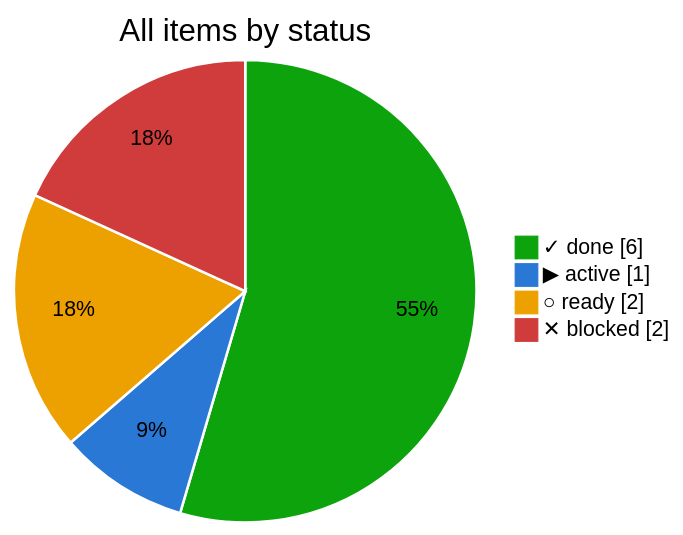
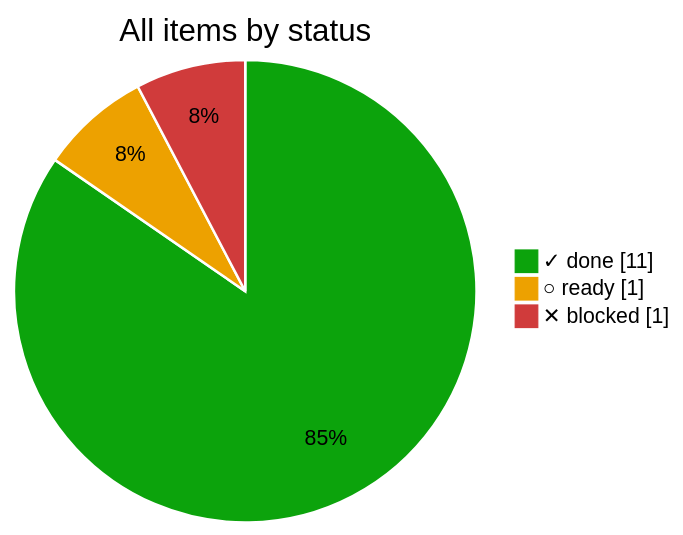
The second of 5 diagrams in README.md (bvraghav/pmtrack), drawn with Mermaid before and after one commit. The commit also changed other lines of this file and 4 other files, not shown here.

````diff
--- a/README.md
+++ b/README.md
@@ -22,8 +22,7 @@
 ```mermaid
-%%{init: {"themeVariables": {"pie1": "#0ca30c", "pie2": "#2a78d6", "pie3": "#eda100", "pie4": "#d03b3b", "pieOpacity": "1", "pieSectionTextColor": "#000", "pieStrokeColor": "#fff", "pieStrokeWidth": "2px", "pieOuterStrokeWidth": "0px"}}}%%
+%%{init: {"themeVariables": {"pie1": "#0ca30c", "pie2": "#eda100", "pie3": "#d03b3b", "pieOpacity": "1", "pieSectionTextColor": "#000", "pieStrokeColor": "#fff", "pieStrokeWidth": "2px", "pieOuterStrokeWidth": "0px"}}}%%
 pie showData title All items by status
-  "✓ done" : 6
-  "▶ active" : 1
-  "○ ready" : 2
-  "✕ blocked" : 2
+  "✓ done" : 11
+  "○ ready" : 1
+  "✕ blocked" : 1
 ```
````
